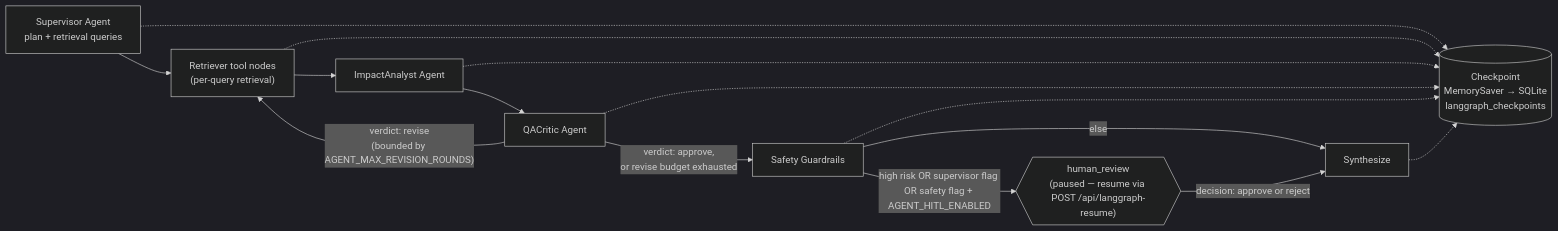
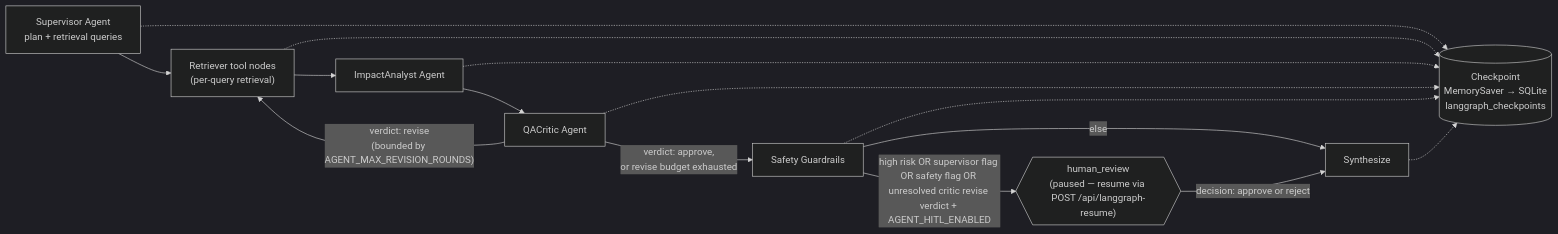
The second of 2 diagrams in README.md (yuk1no4090/Repomentor), drawn with Mermaid (dark theme) before and after one commit. The commit also changed other lines of this file and 7 other files, not shown here.

````diff
--- a/README.md
+++ b/README.md
@@ -75,19 +75,19 @@
 ```mermaid
 flowchart LR
     Supervisor["Supervisor Agent<br/>plan + retrieval queries"] --> Retrieve["Retriever tool nodes<br/>(per-query retrieval)"]
     Retrieve --> Impact["ImpactAnalyst Agent"]
     Impact --> Critic["QACritic Agent"]
     Critic -->|"verdict: revise<br/>(bounded by AGENT_MAX_REVISION_ROUNDS)"| Retrieve
     Critic -->|"verdict: approve,<br/>or revise budget exhausted"| Guardrails["Safety Guardrails"]
-    Guardrails -->|"high risk OR supervisor flag OR safety flag + AGENT_HITL_ENABLED"| HITL{{"human_review<br/>(paused — resume via POST /api/langgraph-resume)"}}
+    Guardrails -->|"high risk OR supervisor flag OR safety flag OR unresolved critic revise verdict + AGENT_HITL_ENABLED"| HITL{{"human_review<br/>(paused — resume via POST /api/langgraph-resume)"}}
     Guardrails -->|"else"| Synthesize["Synthesize"]
     HITL -->|"decision: approve or reject"| Synthesize
 
     CP[("Checkpoint<br/>MemorySaver → SQLite<br/>langgraph_checkpoints")]
     Supervisor -.-> CP
     Retrieve -.-> CP
     Impact -.-> CP
     Critic -.-> CP
     Guardrails -.-> CP
     Synthesize -.-> CP
 ```
````
